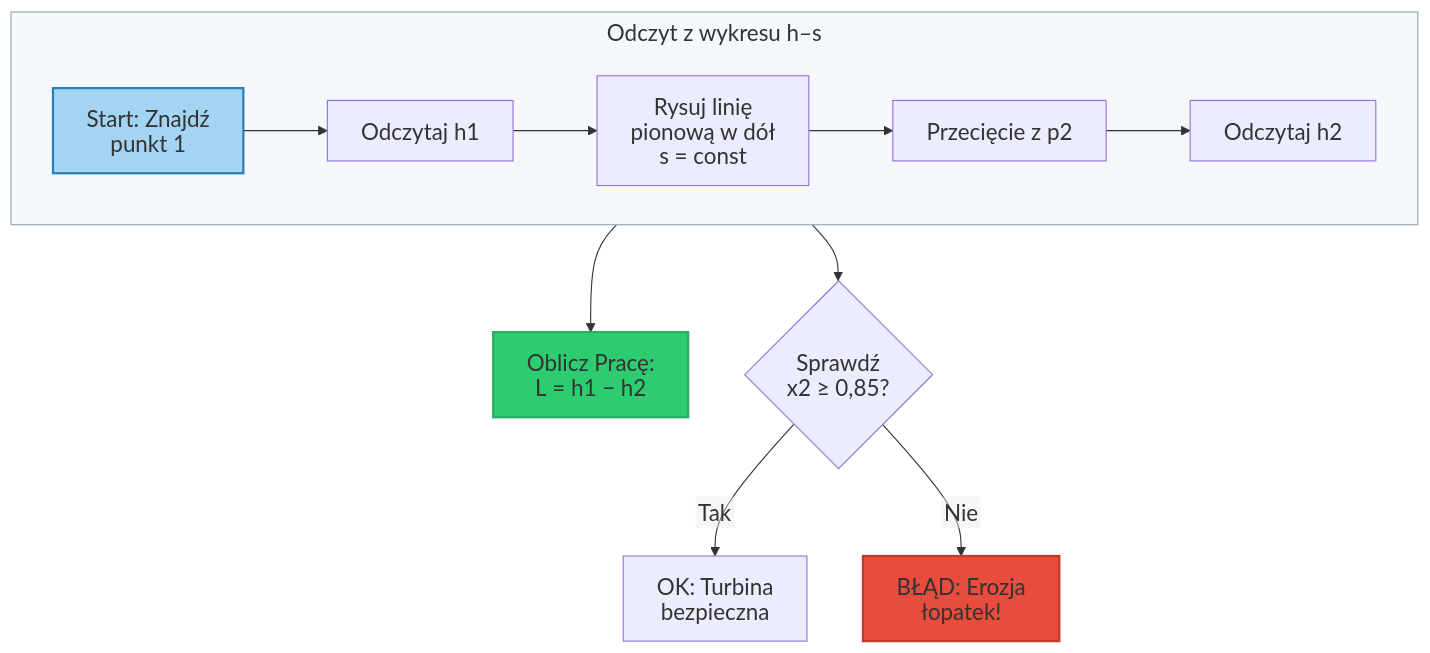
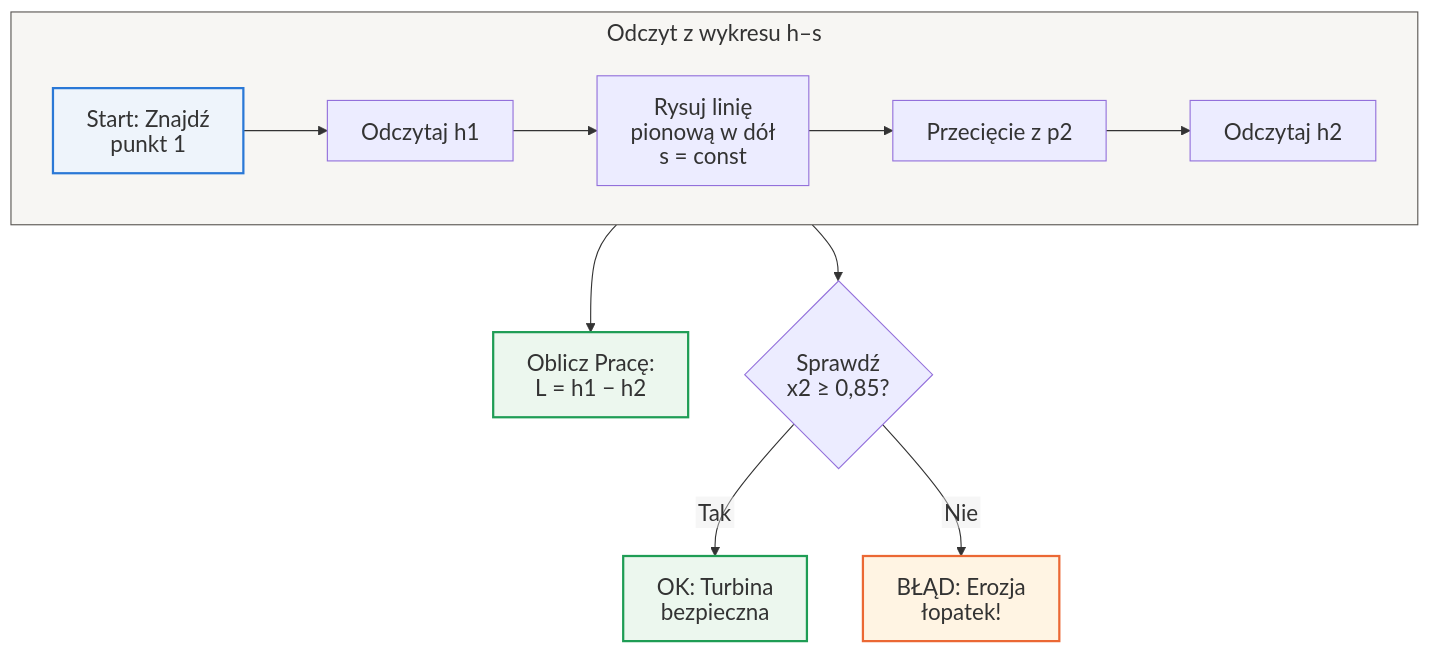
One commit to moondec/Termodynamika changed the diagram in Wyklady/05_Wlasciwosci_Substancji_II.qmd. Above: the diagram before and after it, drawn with Mermaid. The commit also changed other lines of this file and 229 other files, not shown here.

````diff
--- a/Wyklady/05_Wlasciwosci_Substancji_II.qmd
+++ b/Wyklady/05_Wlasciwosci_Substancji_II.qmd
@@ -680,20 +606,21 @@
 ```{mermaid}
 %%{init: {'theme': 'default', 'themeVariables': {'fontSize': '20px', 'fontFamily': 'Arial, Helvetica, sans-serif'}, 'htmlLabels': false, 'flowchart': {'htmlLabels': false, 'wrappingWidth': 400, 'subGraphTitleMargin': {'top': 6, 'bottom': 16}}}}%%
 flowchart TB
     subgraph ODCZYT ["Odczyt z wykresu h–s"]
         direction LR
         A["Start: Znajdź<br>punkt 1"] --> B["Odczytaj h1"]
         B --> C["Rysuj linię<br>pionową w dół<br>s = const"]
         C --> D["Przecięcie z p2"]
         D --> E["Odczytaj h2"]
     end
     ODCZYT --> F["Oblicz Pracę:<br>L = h1 − h2"]
     ODCZYT --> G{"Sprawdź<br>x2 ≥ 0,85?"}
     G -- Tak --> H["OK: Turbina<br>bezpieczna"]
     G -- Nie --> I["BŁĄD: Erozja<br>łopatek!"]
 
-    style A fill:#a4d4f4ff,stroke:#2980b9,stroke-width:2px
-    style F fill:#2ecc71,stroke:#27ae60,stroke-width:2px
-    style I fill:#e74c3c,stroke:#c0392b,stroke-width:2px
-    style ODCZYT fill:#f4f8fb,stroke:#90a4ae,stroke-width:1px
+    style A fill:#eef4fb,stroke:#2a78d6,stroke-width:2px
+    style F fill:#ecf7ee,stroke:#1f9d55,stroke-width:2px
+    style H fill:#ecf7ee,stroke:#1f9d55,stroke-width:2px
+    style I fill:#fff4e3,stroke:#eb6834,stroke-width:2px
+    style ODCZYT fill:#f7f6f3,stroke:#5a5753,stroke-width:1px
 ```
````
